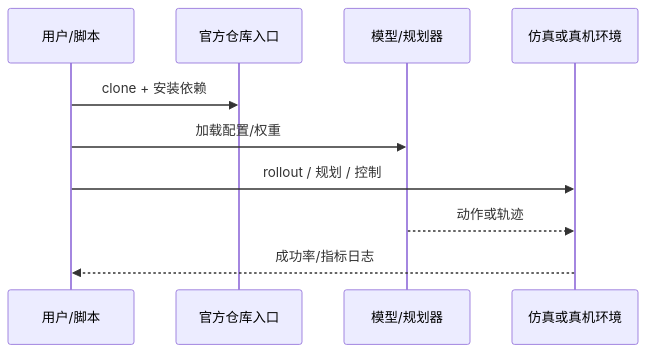
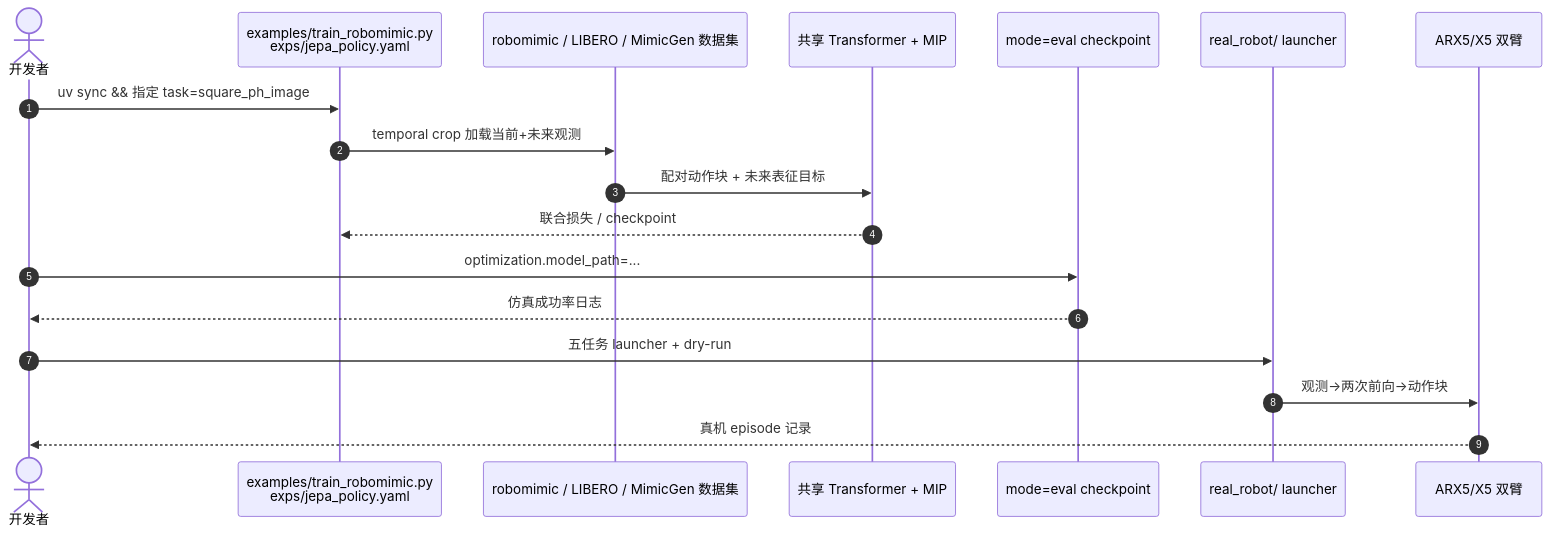
Before and after one commit to ImChong/Robotics_Notebooks: the second of 2 diagrams in wiki/entities/paper-jepa-policy.md, drawn with Mermaid. The commit also changed other lines of this file and 22 other files, not shown here.

Commit message:
[2026-09-11] ingest | InstantMimic / ViBe / JEPA Policy — 三篇 arXiv:2609 深化入库并同步派生索引

````diff
--- a/wiki/entities/paper-jepa-policy.md
+++ b/wiki/entities/paper-jepa-policy.md
@@ -57,12 +94,20 @@
 ```mermaid
 sequenceDiagram
-  participant U as 用户/脚本
-  participant R as 官方仓库入口
-  participant M as 模型/规划器
-  participant E as 仿真或真机环境
-  U->>R: clone + 安装依赖
-  U->>M: 加载配置/权重
-  U->>E: rollout / 规划 / 控制
-  M-->>E: 动作或轨迹
-  E-->>U: 成功率/指标日志
+    autonumber
+    actor Dev as 开发者
+    participant Hydra as examples/train_robomimic.py<br/>exps/jepa_policy.yaml
+    participant DS as robomimic / LIBERO / MimicGen 数据集
+    participant M as 共享 Transformer + MIP
+    participant Eval as mode=eval checkpoint
+    participant RR as real_robot/ launcher
+    participant Arm as ARX5/X5 双臂
+    Dev->>Hydra: uv sync && 指定 task=square_ph_image
+    Hydra->>DS: temporal crop 加载当前+未来观测
+    DS->>M: 配对动作块 + 未来表征目标
+    M-->>Hydra: 联合损失 / checkpoint
+    Dev->>Eval: optimization.model_path=...
+    Eval-->>Dev: 仿真成功率日志
+    Dev->>RR: 五任务 launcher + dry-run
+    RR->>Arm: 观测→两次前向→动作块
+    Arm-->>Dev: 真机 episode 记录
 ```
````
